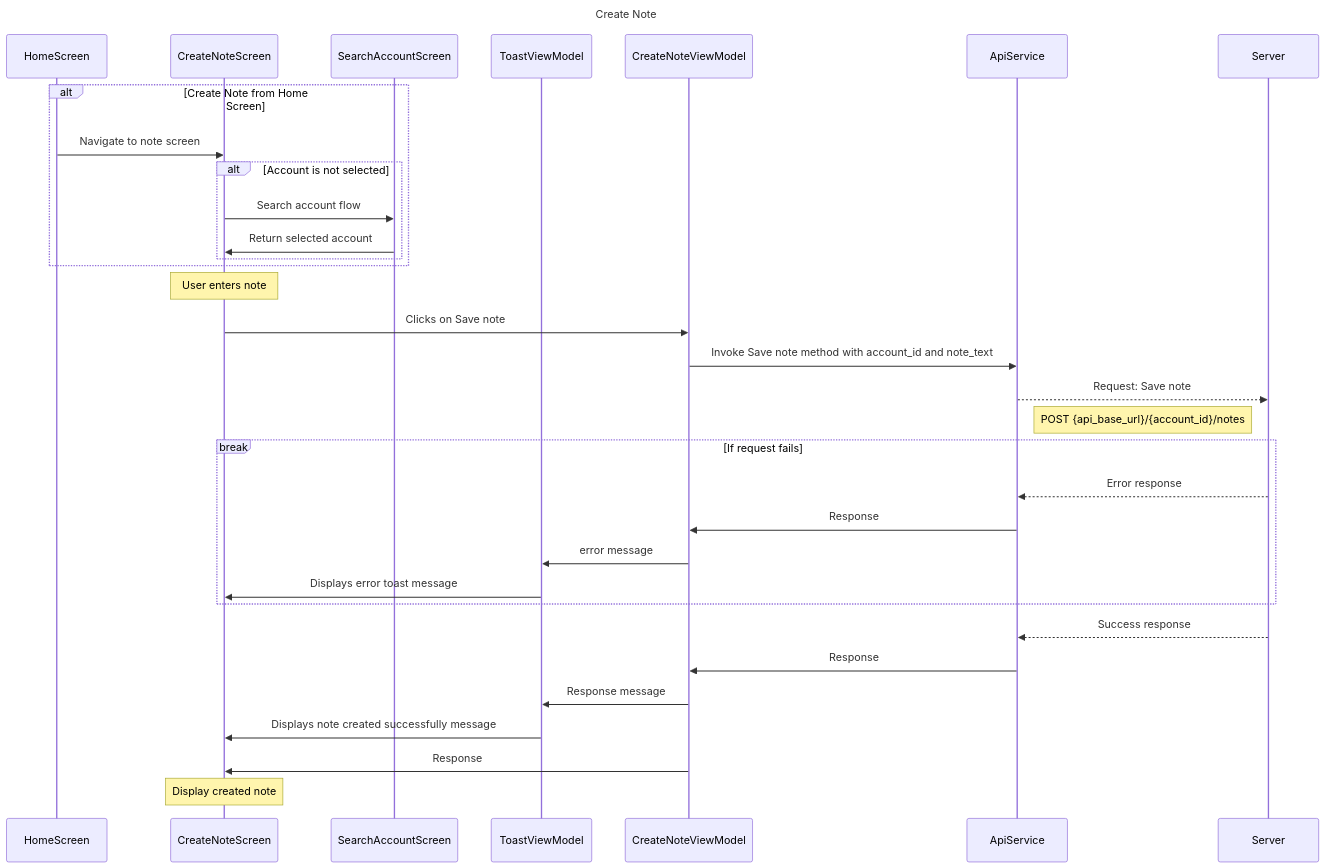
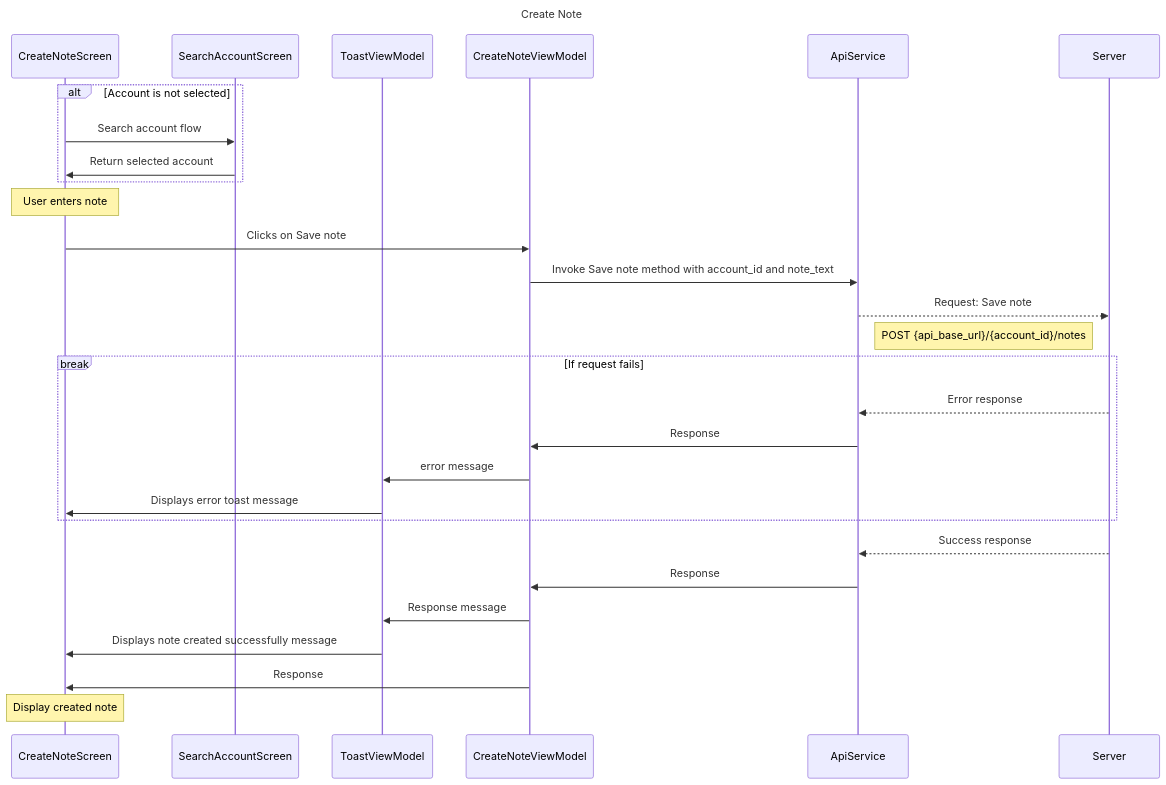
One commit to TrueSparrowSystems/AI-SalesSparrow-Docs changed the diagram in flowDiagrams/IOS/CreateNoteScreen.mermaid. Above: the diagram before and after it, drawn with Mermaid.

Commit message:
updated account search flow

```diff
--- a/flowDiagrams/IOS/CreateNoteScreen.mermaid
+++ b/flowDiagrams/IOS/CreateNoteScreen.mermaid
@@ -1,40 +1,35 @@
 sequenceDiagram
     title Create Note
 
-    participant HS as HomeScreen
     participant CNS as CreateNoteScreen
     participant SAS as SearchAccountScreen
     participant TVM as ToastViewModel
     participant CNVM as CreateNoteViewModel
     participant AS as ApiService
     participant S as Server
 
-    alt Create Note from Home Screen
-        HS->>CNS: Navigate to note screen
-
-       alt  Account is not selected
-            CNS->>SAS: Search account flow
-            SAS->>CNS: Return selected account
-        end
+    alt  Account is not selected
+        CNS->>SAS: Search account flow
+        SAS->>CNS: Return selected account
     end
 
     note over CNS: User enters note
 
     CNS->>CNVM : Clicks on Save note
     CNVM->>AS: Invoke Save note method with account_id and note_text
     AS-->>S : Request: Save note
     note right of AS: POST {api_base_url}/{account_id}/notes
 
     break If request fails
         S-->>AS: Error response
         AS->>CNVM: Response
         CNVM->>TVM: error message
         TVM->>CNS: Displays error toast message
     end
     
     S-->>AS: Success response
     AS->>CNVM: Response
     CNVM->>TVM: Response message
     TVM->>CNS: Displays note created successfully message
     CNVM->>CNS: Response
     note over CNS: Display created note
```
